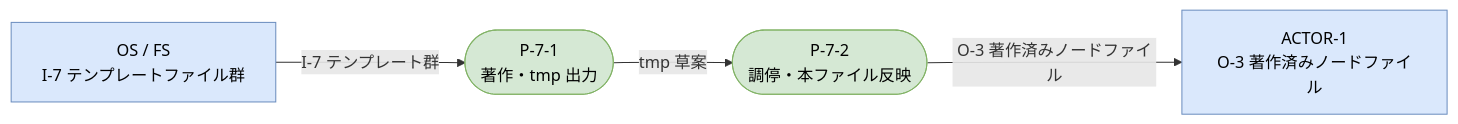
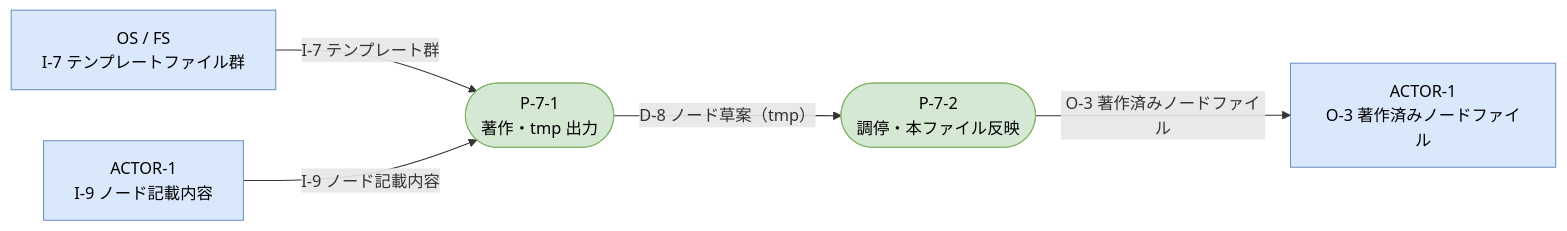
The fifth of 5 diagrams in doc-system/03-analysis/00-dfd.md (hiratashinnya/review-system), drawn with Mermaid before and after one commit. The commit also changed other lines of this file and 9 other files, not shown here.

````diff
--- a/doc-system/03-analysis/00-dfd.md
+++ b/doc-system/03-analysis/00-dfd.md
@@ -169,18 +172,20 @@
 ```mermaid
 flowchart LR
   classDef l1ext fill:#dae8fc,stroke:#6c8ebf,color:#000
   classDef proc  fill:#d5e8d4,stroke:#82b366,color:#000
 
   %% L1 境界
   LFS["OS / FS\nI-7 テンプレートファイル群"]:::l1ext
+  LA1in["ACTOR-1\nI-9 ノード記載内容"]:::l1ext
   LA1out["ACTOR-1\nO-3 著作済みノードファイル"]:::l1ext
 
   %% P-7 の子プロセス
   P71(["P-7-1\n著作・tmp 出力"]):::proc
   P72(["P-7-2\n調停・本ファイル反映"]):::proc
 
   %% データフロー
   LFS    -->|"I-7 テンプレート群"| P71
-  P71    -->|"tmp 草案"| P72
+  LA1in  -->|"I-9 ノード記載内容"| P71
+  P71    -->|"D-8 ノード草案（tmp）"| P72
   P72    -->|"O-3 著作済みノードファイル"| LA1out
 ```
````
